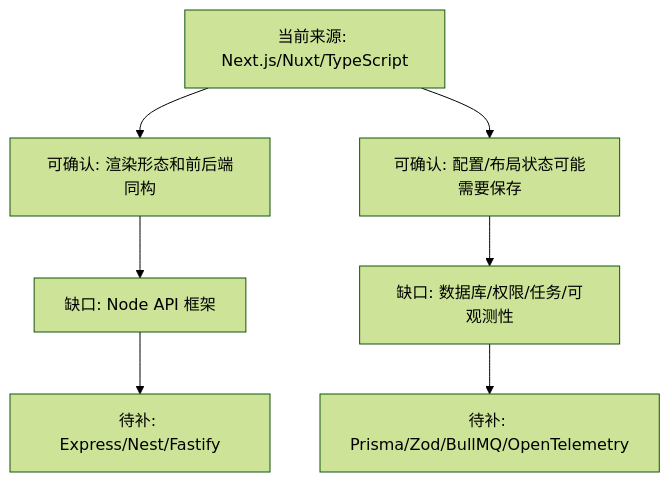
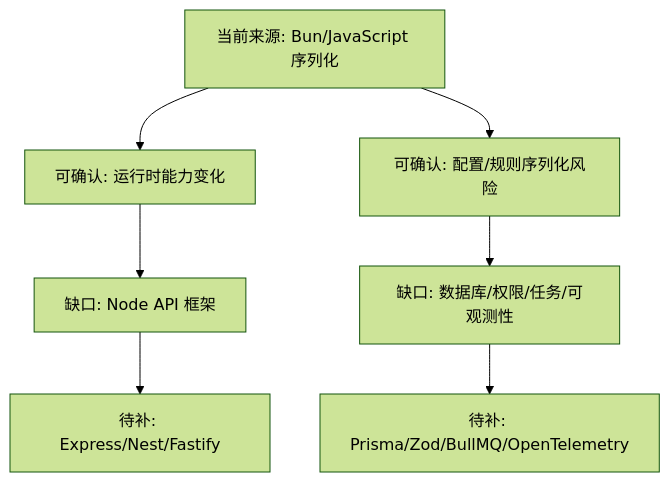
One commit to cooker-code/knowledge changed the diagram in 07_工程与架构/0701_后端架构/070102_Node/070102_核心知识点/Node架构实现路线.md. Above: the diagram before and after it, drawn with Mermaid (forest theme). The commit also changed other lines of this file and 6048 other files, not shown here.

````diff
--- a/07_工程与架构/0701_后端架构/070102_Node/070102_核心知识点/Node架构实现路线.md
+++ b/07_工程与架构/0701_后端架构/070102_Node/070102_核心知识点/Node架构实现路线.md
@@ -45,9 +44,9 @@
 ```mermaid
 flowchart TD
-  A["当前来源: Next.js/Nuxt/TypeScript"] --> B["可确认: 渲染形态和前后端同构"]
-  A --> C["可确认: 配置/布局状态可能需要保存"]
+  A["当前来源: Bun/JavaScript 序列化"] --> B["可确认: 运行时能力变化"]
+  A --> C["可确认: 配置/规则序列化风险"]
   B --> D["缺口: Node API 框架"]
   C --> E["缺口: 数据库/权限/任务/可观测性"]
   D --> F["待补: Express/Nest/Fastify"]
   E --> G["待补: Prisma/Zod/BullMQ/OpenTelemetry"]
 ```
````
